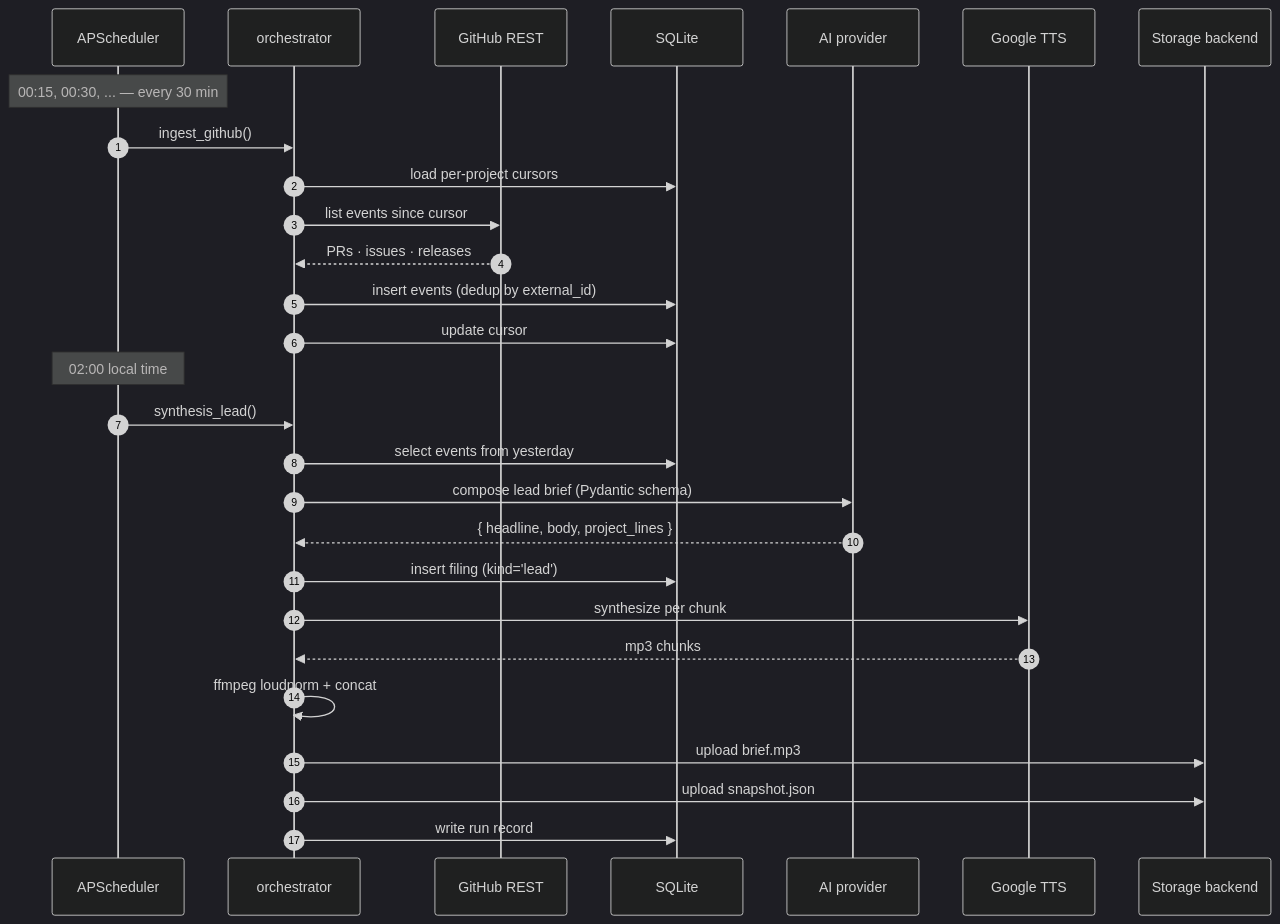
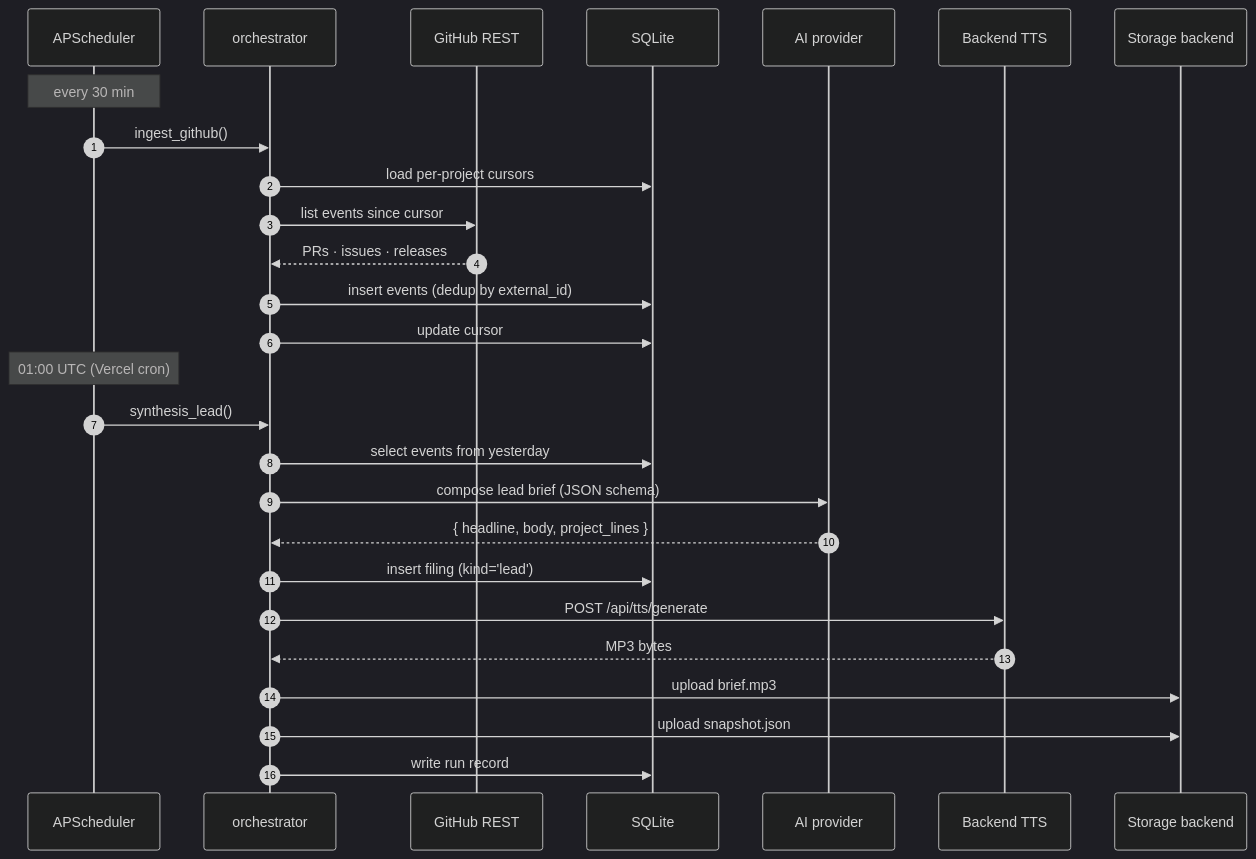
The second of 6 diagrams in docs/architecture/DATA-FLOW.md (markdavidgan/dispatch), drawn with Mermaid (dark theme) before and after one commit. The commit also changed other lines of this file and 5 other files, not shown here.

First line of the commit message:
docs: update architecture for hybrid Vercel + marklab deployment

````diff
--- a/docs/architecture/DATA-FLOW.md
+++ b/docs/architecture/DATA-FLOW.md
@@ -65,33 +66,32 @@
 ```mermaid
 sequenceDiagram
     autonumber
     participant Sched as APScheduler
     participant Orch as orchestrator
     participant GH as GitHub REST
     participant DB as SQLite
     participant AI as AI provider
-    participant TTS as Google TTS
+    participant TTS as Backend TTS
     participant ST as Storage backend
 
-    Note over Sched: 00:15, 00:30, ... — every 30 min
+    Note over Sched: every 30 min
     Sched->>Orch: ingest_github()
     Orch->>DB: load per-project cursors
     Orch->>GH: list events since cursor
     GH-->>Orch: PRs · issues · releases
     Orch->>DB: insert events (dedup by external_id)
     Orch->>DB: update cursor
 
-    Note over Sched: 02:00 local time
+    Note over Sched: 01:00 UTC (Vercel cron)
     Sched->>Orch: synthesis_lead()
     Orch->>DB: select events from yesterday
-    Orch->>AI: compose lead brief (Pydantic schema)
+    Orch->>AI: compose lead brief (JSON schema)
     AI-->>Orch: { headline, body, project_lines }
     Orch->>DB: insert filing (kind='lead')
 
-    Orch->>TTS: synthesize per chunk
-    TTS-->>Orch: mp3 chunks
-    Orch->>Orch: ffmpeg loudnorm + concat
+    Orch->>TTS: POST /api/tts/generate
+    TTS-->>Orch: MP3 bytes
     Orch->>ST: upload brief.mp3
     Orch->>ST: upload snapshot.json
     Orch->>DB: write run record
 ```
````
